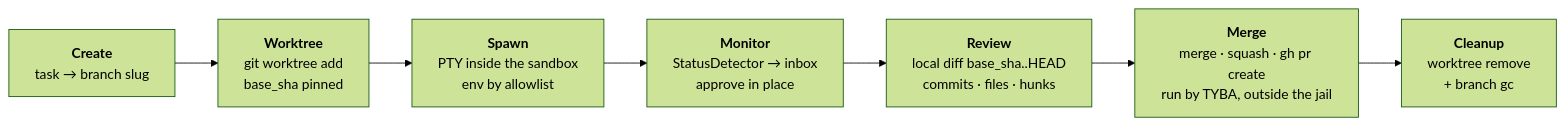
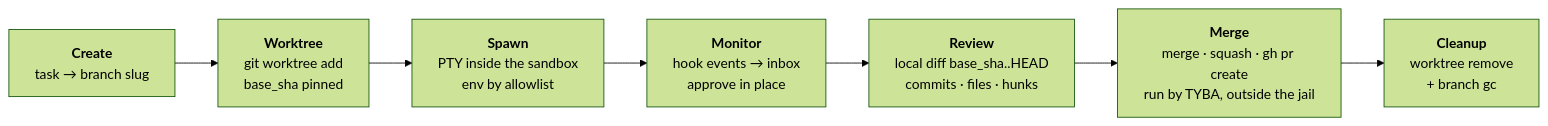
The diagram in README.md (tybadev/tyba-terminal), drawn with Mermaid (forest theme) before and after one commit. The commit also changed other lines of this file, not shown here.

````diff
--- a/README.md
+++ b/README.md
@@ -40,9 +40,9 @@
 ```mermaid
 flowchart LR
     A["<b>Create</b><br/>task → branch slug"] --> B["<b>Worktree</b><br/>git worktree add<br/>base_sha pinned"]
     B --> C["<b>Spawn</b><br/>PTY inside the sandbox<br/>env by allowlist"]
-    C --> D["<b>Monitor</b><br/>StatusDetector → inbox<br/>approve in place"]
+    C --> D["<b>Monitor</b><br/>hook events → inbox<br/>approve in place"]
     D --> E["<b>Review</b><br/>local diff base_sha..HEAD<br/>commits · files · hunks"]
     E --> F["<b>Merge</b><br/>merge · squash · gh pr create<br/>run by TYBA, outside the jail"]
     F --> G["<b>Cleanup</b><br/>worktree remove<br/>+ branch gc"]
 ```
````
